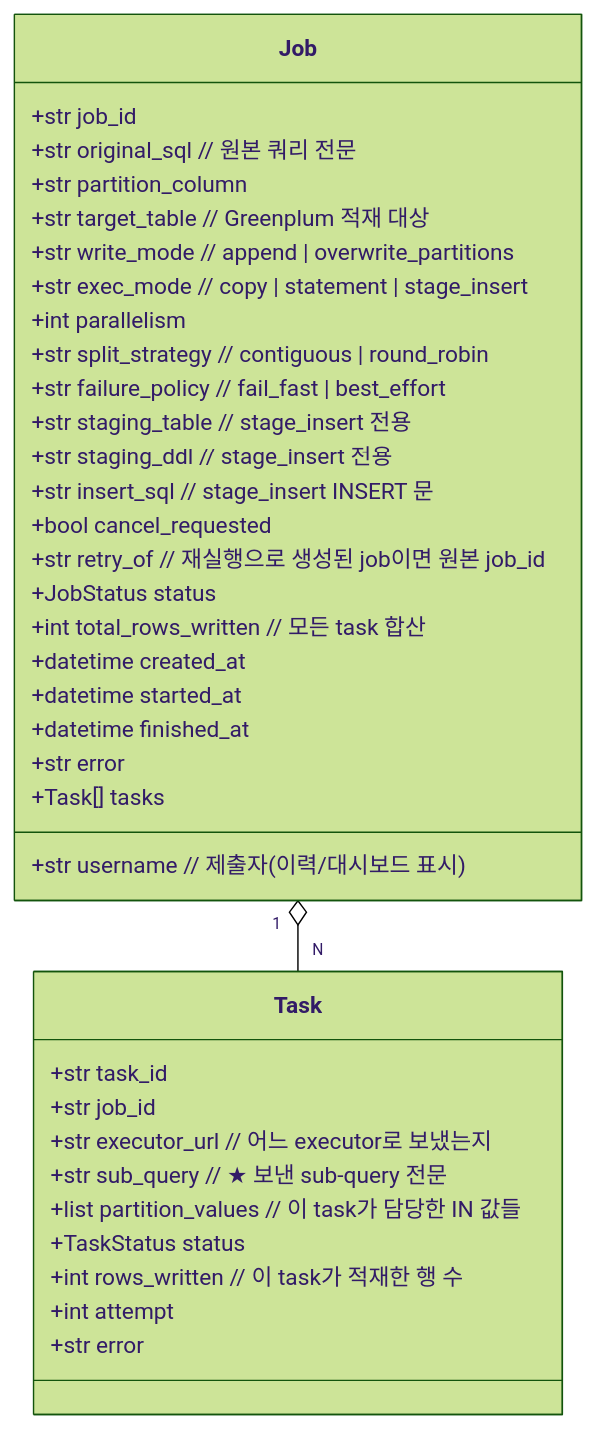
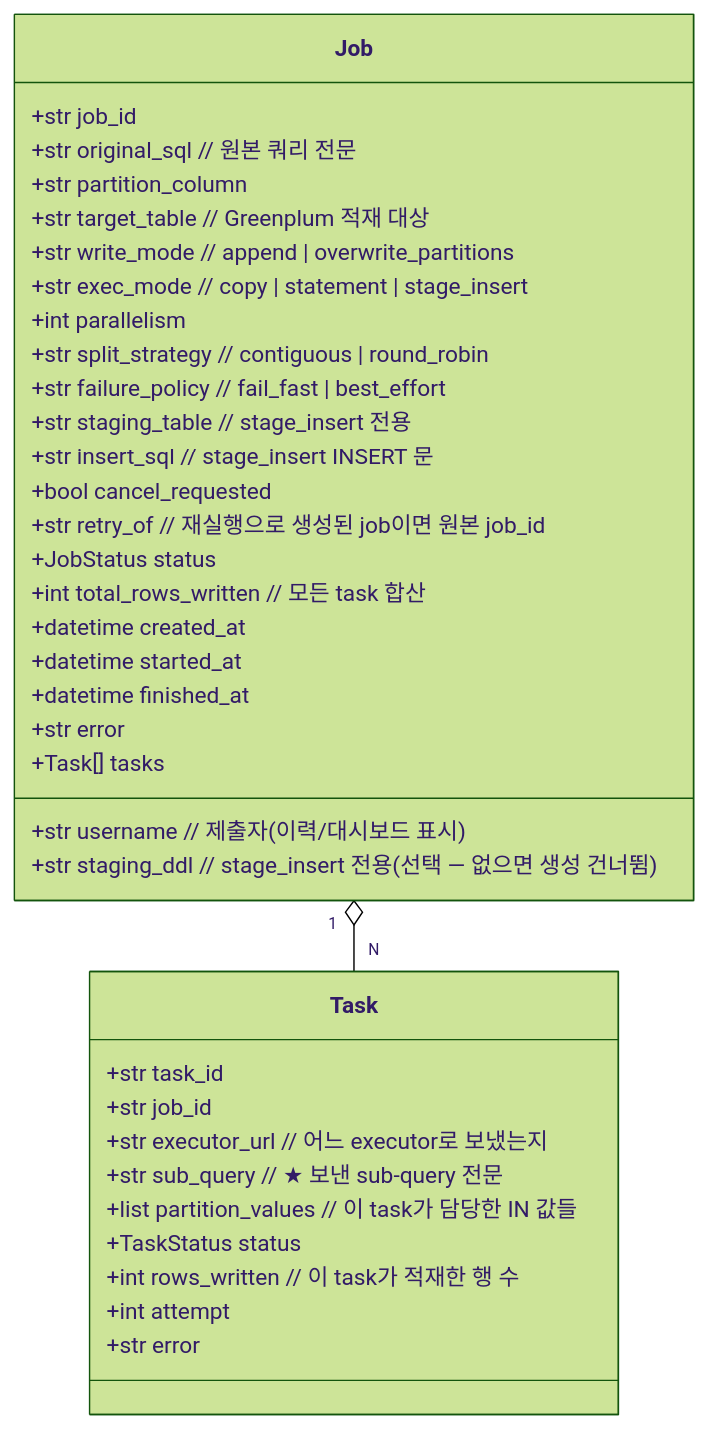
One commit to DataDynamics/distributed-query-executor changed the third of 8 diagrams in DESIGN.md. Above: the diagram before and after it, drawn with Mermaid (forest theme). The commit also changed other lines of this file and 6 other files, not shown here.

First line of the commit message:
stage_insert: staging_ddl 선택화 — 없으면 테이블 생성 건너뜀

````diff
--- a/DESIGN.md
+++ b/DESIGN.md
@@ -185,41 +185,41 @@
 ```mermaid
 classDiagram
     class Job {
         +str job_id
         +str original_sql        // 원본 쿼리 전문
         +str partition_column
         +str target_table        // Greenplum 적재 대상
         +str write_mode          // append | overwrite_partitions
         +str exec_mode           // copy | statement | stage_insert
         +int parallelism
         +str split_strategy      // contiguous | round_robin
         +str failure_policy      // fail_fast | best_effort
         +str username            // 제출자(이력/대시보드 표시)
         +str staging_table       // stage_insert 전용
-        +str staging_ddl         // stage_insert 전용
+        +str staging_ddl         // stage_insert 전용(선택 — 없으면 생성 건너뜀)
         +str insert_sql          // stage_insert INSERT 문
         +bool cancel_requested
         +str retry_of            // 재실행으로 생성된 job이면 원본 job_id
         +JobStatus status
         +int total_rows_written  // 모든 task 합산
         +datetime created_at
         +datetime started_at
         +datetime finished_at
         +str error
         +Task[] tasks
     }
 
     class Task {
         +str task_id
         +str job_id
         +str executor_url        // 어느 executor로 보냈는지
         +str sub_query           // ★ 보낸 sub-query 전문
         +list partition_values   // 이 task가 담당한 IN 값들
         +TaskStatus status
         +int rows_written        // 이 task가 적재한 행 수
         +int attempt
         +str error
     }
 
     Job "1" o-- "N" Task
 ```
````
